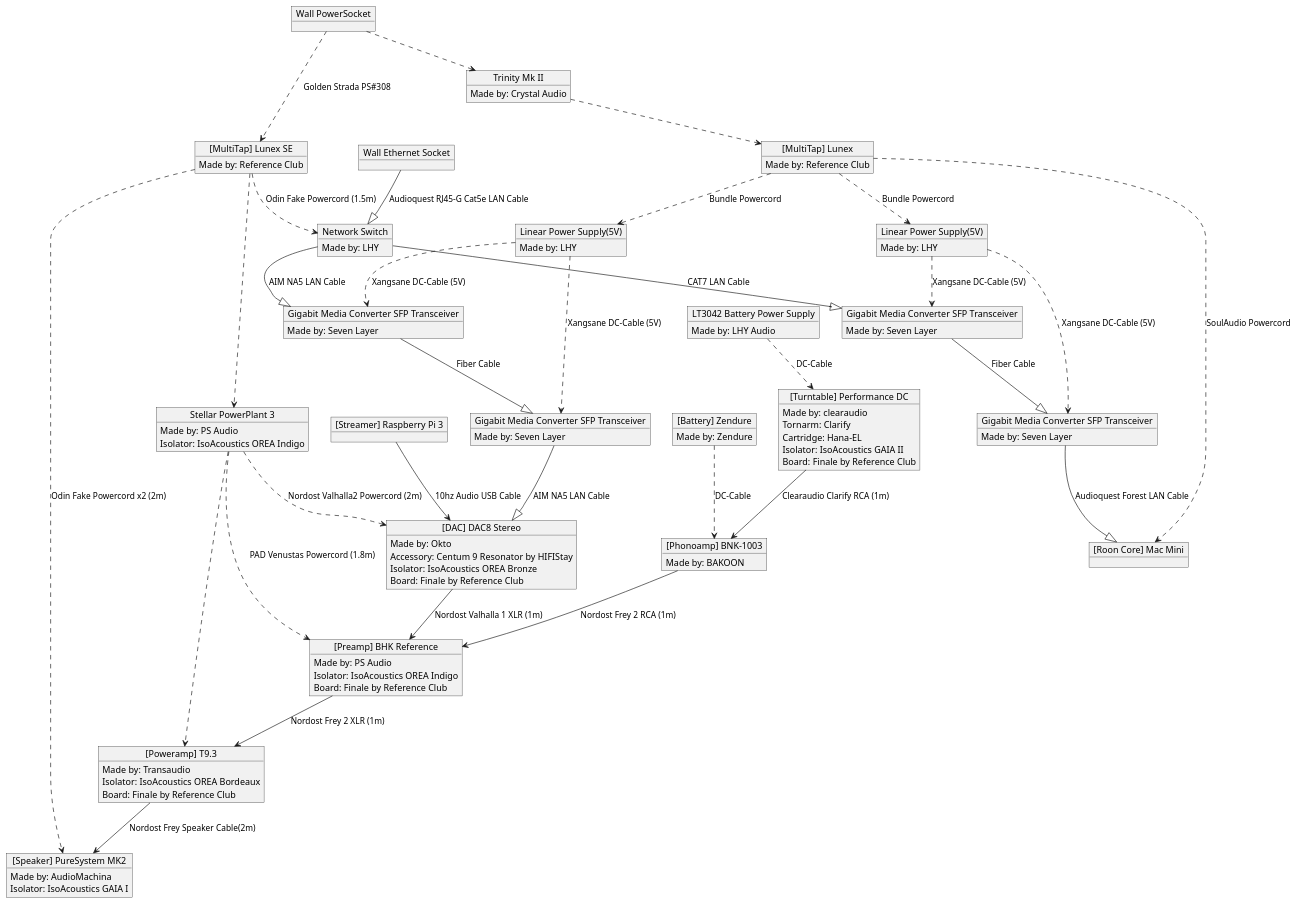
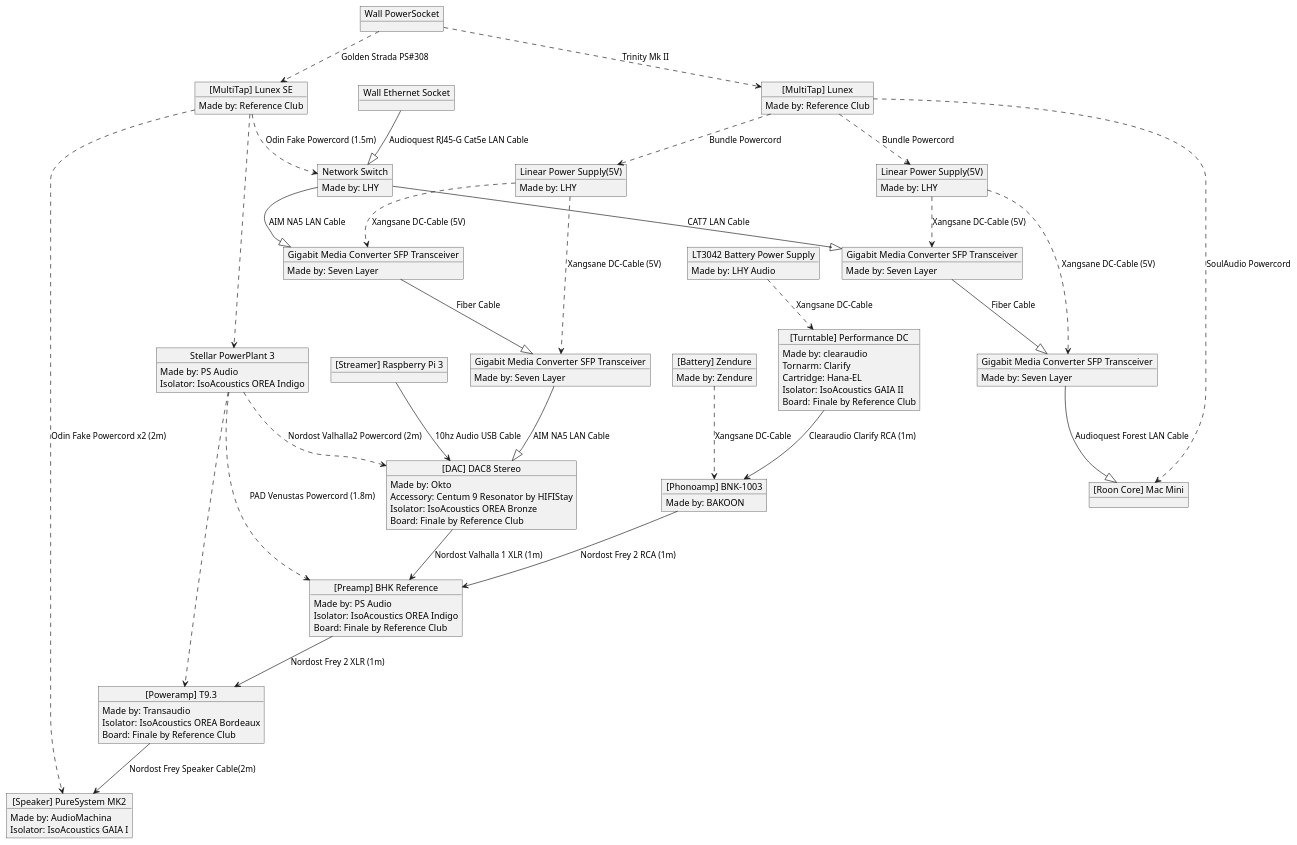
The diagram in hifi-audio/system_260306.puml (zebehn/zebehn.github.io), drawn with PlantUML before and after one commit.

Commit message:
Update hi-fi system: DC cables, power cable, cleanup
- All DC cables labeled as Xangsane
- Trinity Mk II as power cable (Wall → Lunex)
- Remove Crystal Audio DC Filter and BAKOON adaptors

```diff
--- a/hifi-audio/system_260306.puml
+++ b/hifi-audio/system_260306.puml
@@ -1,117 +1,113 @@
 @startuml minsu-hifi-260306v1
 
 object "[DAC] DAC8 Stereo" as dac
 dac : Made by: Okto
 dac : Accessory: Centum 9 Resonator by HIFIStay
 dac : Isolator: IsoAcoustics OREA Bronze
 dac : Board: Finale by Reference Club
 
 object "[Turntable] Performance DC" as turntable
 turntable : Made by: clearaudio
 turntable : Tornarm: Clarify
 turntable : Cartridge: Hana-EL
 turntable : Isolator: IsoAcoustics GAIA II
 turntable : Board: Finale by Reference Club
 
 object "[Preamp] BHK Reference" as preamp
 preamp : Made by: PS Audio
 preamp : Isolator: IsoAcoustics OREA Indigo
 preamp : Board: Finale by Reference Club
 
 object "[Poweramp] T9.3" as poweramp
 poweramp : Made by: Transaudio
 poweramp : Isolator: IsoAcoustics OREA Bordeaux
 poweramp : Board: Finale by Reference Club
 
 object "[Phonoamp] BNK-1003" as phononamp
 phononamp : Made by: BAKOON
 
 object "LT3042 Battery Power Supply" as batteryps
 batteryps : Made by: LHY Audio
 
 object "Linear Power Supply(5V)" as linear1
 linear1 : Made by: LHY
 
 object "Linear Power Supply(5V)" as linear2
 linear2 : Made by: LHY
 
 object "[Battery] Zendure" as battery
 battery : Made by: Zendure
 
 object "[Speaker] PureSystem MK2" as speaker
 speaker : Made by: AudioMachina
 speaker : Isolator: IsoAcoustics GAIA I
 
 object "[Streamer] Raspberry Pi 3" as streamer
 
 object "[Roon Core] Mac Mini" as macmini
 
 object "[MultiTap] Lunex SE" as multitap1
 multitap1 : Made by: Reference Club
 
 object "[MultiTap] Lunex" as multitap2
 multitap2 : Made by: Reference Club
 
-object "Trinity Mk II" as powerfilter
-powerfilter : Made by: Crystal Audio
-
 object "Stellar PowerPlant 3" as powerregenerator
 powerregenerator : Made by: PS Audio
 powerregenerator : Isolator: IsoAcoustics OREA Indigo
 
 object "Wall PowerSocket" as wallpowersocket
 object "Wall Ethernet Socket" as walllansocket
 
 object "Network Switch" as netswitch
 netswitch : Made by: LHY
 
 object "Gigabit Media Converter SFP Transceiver" as fiberhub1
 fiberhub1 : Made by: Seven Layer
 
 object "Gigabit Media Converter SFP Transceiver" as fiberhub2
 fiberhub2 : Made by: Seven Layer
 
 object "Gigabit Media Converter SFP Transceiver" as fiberhub3
 fiberhub3 : Made by: Seven Layer
 
 object "Gigabit Media Converter SFP Transceiver" as fiberhub4
 fiberhub4 : Made by: Seven Layer
 
 dac --> preamp : Nordost Valhalla 1 XLR (1m)
 preamp --> poweramp : Nordost Frey 2 XLR (1m)
 poweramp --> speaker : Nordost Frey Speaker Cable(2m)
 phononamp --> preamp : Nordost Frey 2 RCA (1m)
 turntable --> phononamp: Clearaudio Clarify RCA (1m)
 
 wallpowersocket ..> multitap1: Golden Strada PS#308
 multitap1 ..> powerregenerator
 powerregenerator ..> preamp: PAD Venustas Powercord (1.8m)
 powerregenerator ..> poweramp
 powerregenerator ..> dac : Nordost Valhalla2 Powercord (2m)
 
-wallpowersocket ..> powerfilter
-powerfilter ..> multitap2
+wallpowersocket ..> multitap2: Trinity Mk II
 multitap2 ..> linear1: Bundle Powercord
 multitap2 ..> linear2: Bundle Powercord
 linear1 ..> fiberhub3: Xangsane DC-Cable (5V)
 linear1 ..> fiberhub4: Xangsane DC-Cable (5V)
 multitap2 ..> macmini: SoulAudio Powercord
 
-batteryps ..> turntable: DC-Cable
+batteryps ..> turntable: Xangsane DC-Cable
 multitap1 ..> speaker: Odin Fake Powercord x2 (2m)
-battery ..> phononamp: DC-Cable
+battery ..> phononamp: Xangsane DC-Cable
 multitap1 ..> netswitch: Odin Fake Powercord (1.5m)
 linear2 ..> fiberhub1: Xangsane DC-Cable (5V)
 linear2 ..> fiberhub2: Xangsane DC-Cable (5V)
 
 streamer --> dac: 10hz Audio USB Cable
 
 walllansocket --|> netswitch: Audioquest RJ45-G Cat5e LAN Cable
 netswitch --|> fiberhub1: AIM NA5 LAN Cable
 fiberhub1 --|> fiberhub2: Fiber Cable
 fiberhub2 --|> dac: AIM NA5 LAN Cable
 netswitch --|> fiberhub3: CAT7 LAN Cable
 fiberhub3 --|> fiberhub4: Fiber Cable
 fiberhub4 --|> macmini: Audioquest Forest LAN Cable
 
 @enduml
```
